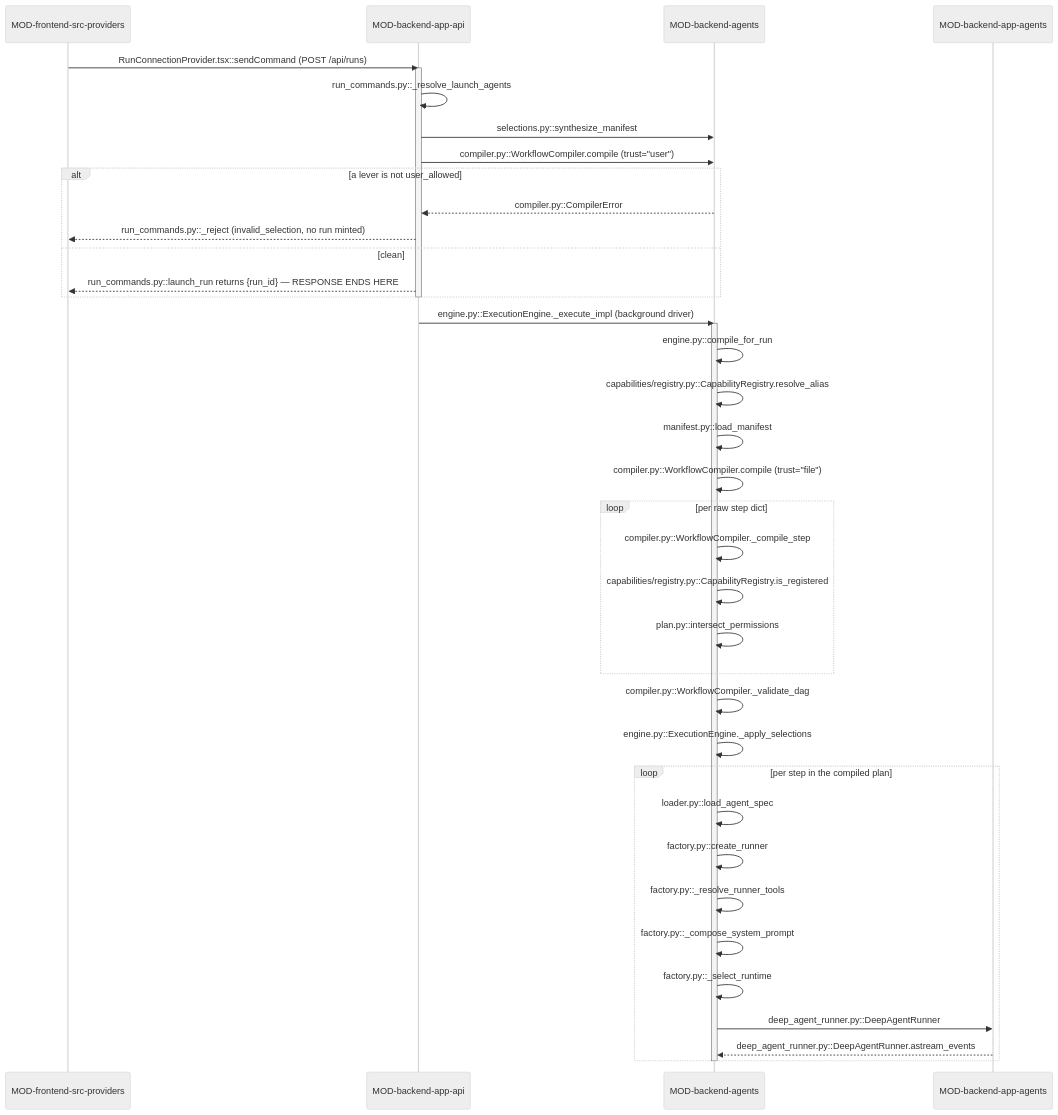
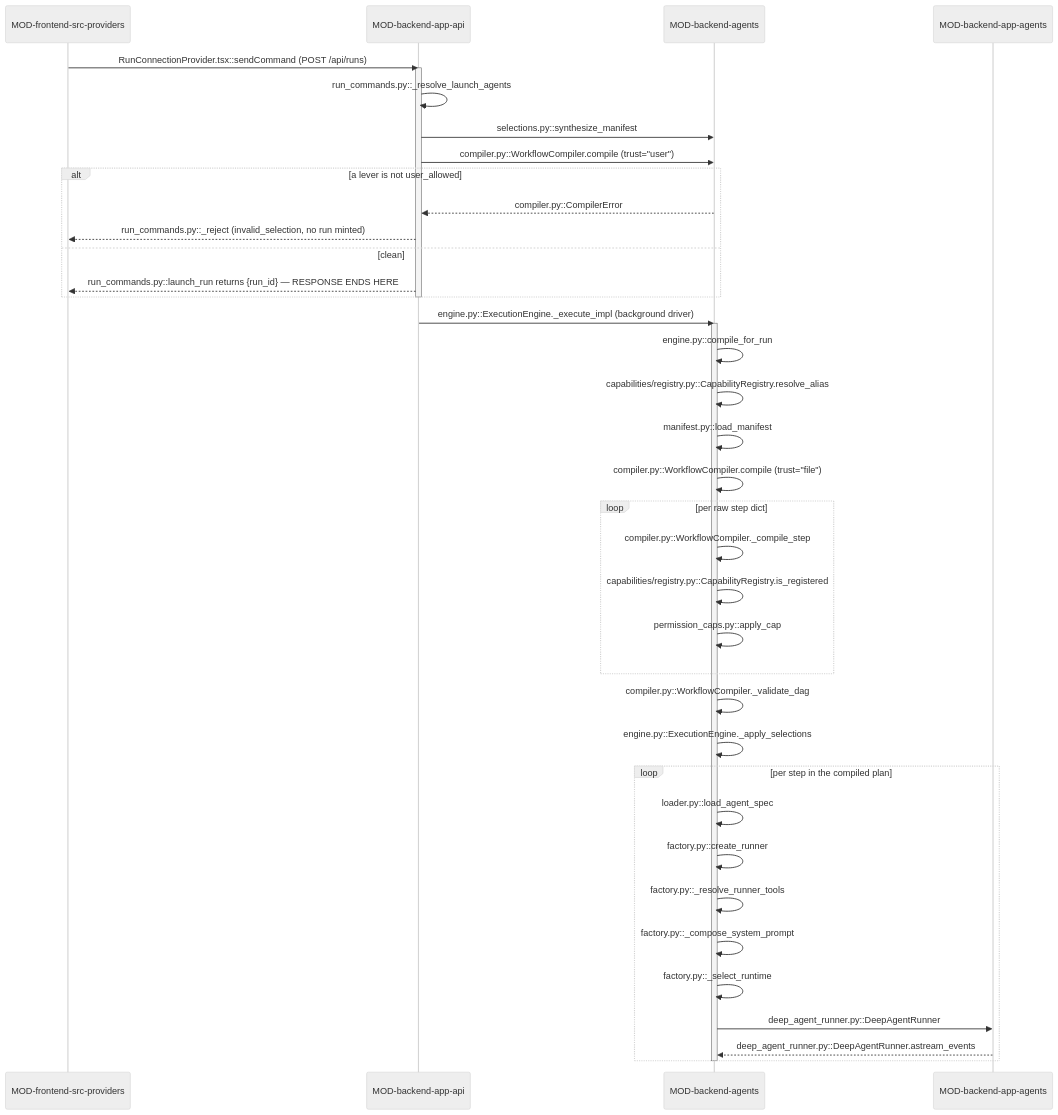
Before and after one commit to prateek-sinha7/IdeaFlowAI: the second of 2 diagrams in .knowledge/architecture/DOMAIN-workflow-compilation.md, drawn with Mermaid (neutral theme). The commit also changed other lines of this file and 604 other files, not shown here.

````diff
--- a/.knowledge/architecture/DOMAIN-workflow-compilation.md
+++ b/.knowledge/architecture/DOMAIN-workflow-compilation.md
@@ -186,45 +175,45 @@
 ```mermaid
 sequenceDiagram
     participant MOD-frontend-src-providers
     participant MOD-backend-app-api
     participant MOD-backend-agents
     participant MOD-backend-app-agents
 
     MOD-frontend-src-providers->>MOD-backend-app-api: RunConnectionProvider.tsx::sendCommand (POST /api/runs)
     activate MOD-backend-app-api
     MOD-backend-app-api->>MOD-backend-app-api: run_commands.py::_resolve_launch_agents
     MOD-backend-app-api->>MOD-backend-agents: selections.py::synthesize_manifest
     MOD-backend-app-api->>MOD-backend-agents: compiler.py::WorkflowCompiler.compile (trust="user")
     alt a lever is not user_allowed
         MOD-backend-agents-->>MOD-backend-app-api: compiler.py::CompilerError
         MOD-backend-app-api-->>MOD-frontend-src-providers: run_commands.py::_reject (invalid_selection, no run minted)
     else clean
         MOD-backend-app-api-->>MOD-frontend-src-providers: run_commands.py::launch_run returns {run_id} — RESPONSE ENDS HERE
     end
     deactivate MOD-backend-app-api
 
     MOD-backend-app-api->>MOD-backend-agents: engine.py::ExecutionEngine._execute_impl (background driver)
     activate MOD-backend-agents
     MOD-backend-agents->>MOD-backend-agents: engine.py::compile_for_run
     MOD-backend-agents->>MOD-backend-agents: capabilities/registry.py::CapabilityRegistry.resolve_alias
     MOD-backend-agents->>MOD-backend-agents: manifest.py::load_manifest
     MOD-backend-agents->>MOD-backend-agents: compiler.py::WorkflowCompiler.compile (trust="file")
     loop per raw step dict
         MOD-backend-agents->>MOD-backend-agents: compiler.py::WorkflowCompiler._compile_step
         MOD-backend-agents->>MOD-backend-agents: capabilities/registry.py::CapabilityRegistry.is_registered
-        MOD-backend-agents->>MOD-backend-agents: plan.py::intersect_permissions
+        MOD-backend-agents->>MOD-backend-agents: permission_caps.py::apply_cap
     end
     MOD-backend-agents->>MOD-backend-agents: compiler.py::WorkflowCompiler._validate_dag
     MOD-backend-agents->>MOD-backend-agents: engine.py::ExecutionEngine._apply_selections
 
     loop per step in the compiled plan
         MOD-backend-agents->>MOD-backend-agents: loader.py::load_agent_spec
         MOD-backend-agents->>MOD-backend-agents: factory.py::create_runner
         MOD-backend-agents->>MOD-backend-agents: factory.py::_resolve_runner_tools
         MOD-backend-agents->>MOD-backend-agents: factory.py::_compose_system_prompt
         MOD-backend-agents->>MOD-backend-agents: factory.py::_select_runtime
         MOD-backend-agents->>MOD-backend-app-agents: deep_agent_runner.py::DeepAgentRunner
         MOD-backend-app-agents-->>MOD-backend-agents: deep_agent_runner.py::DeepAgentRunner.astream_events
     end
     deactivate MOD-backend-agents
 ```
````
